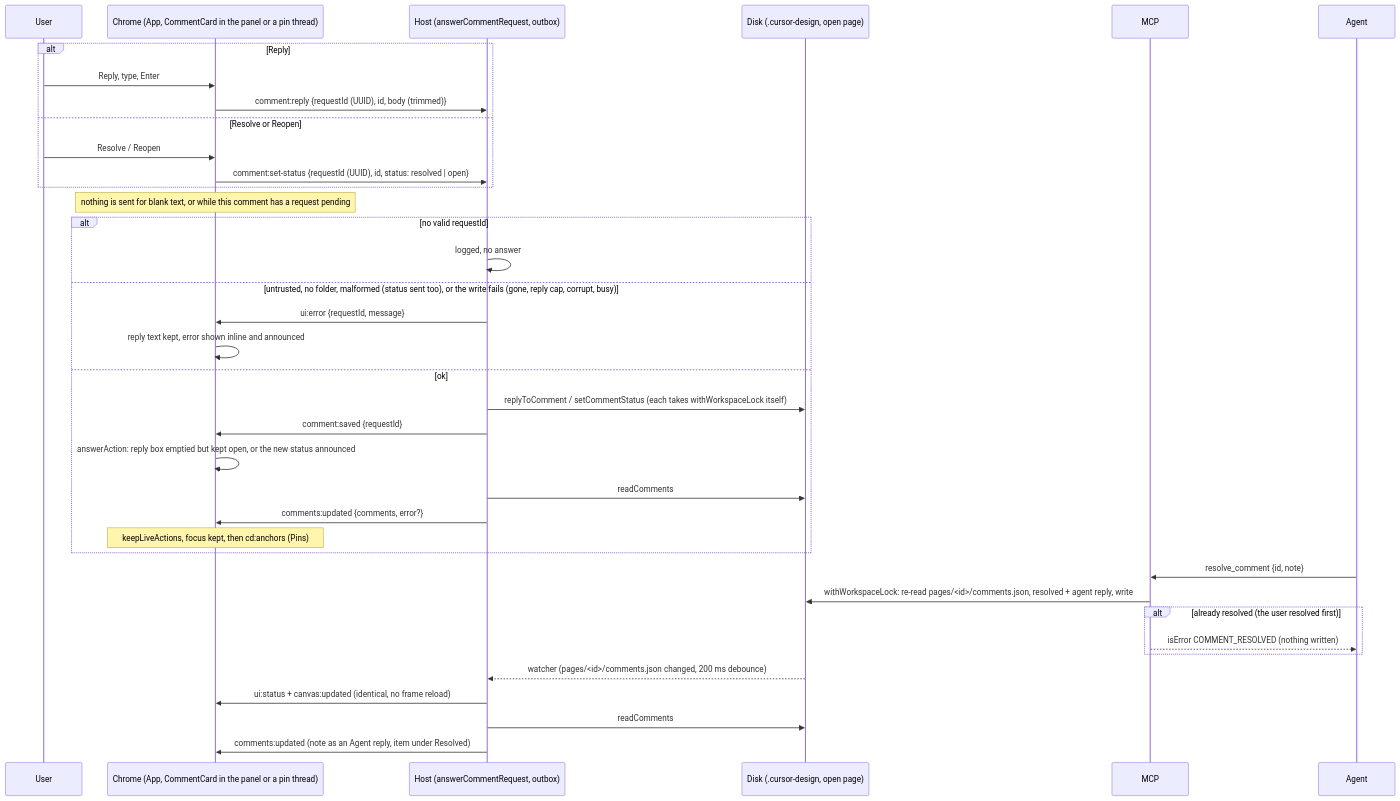
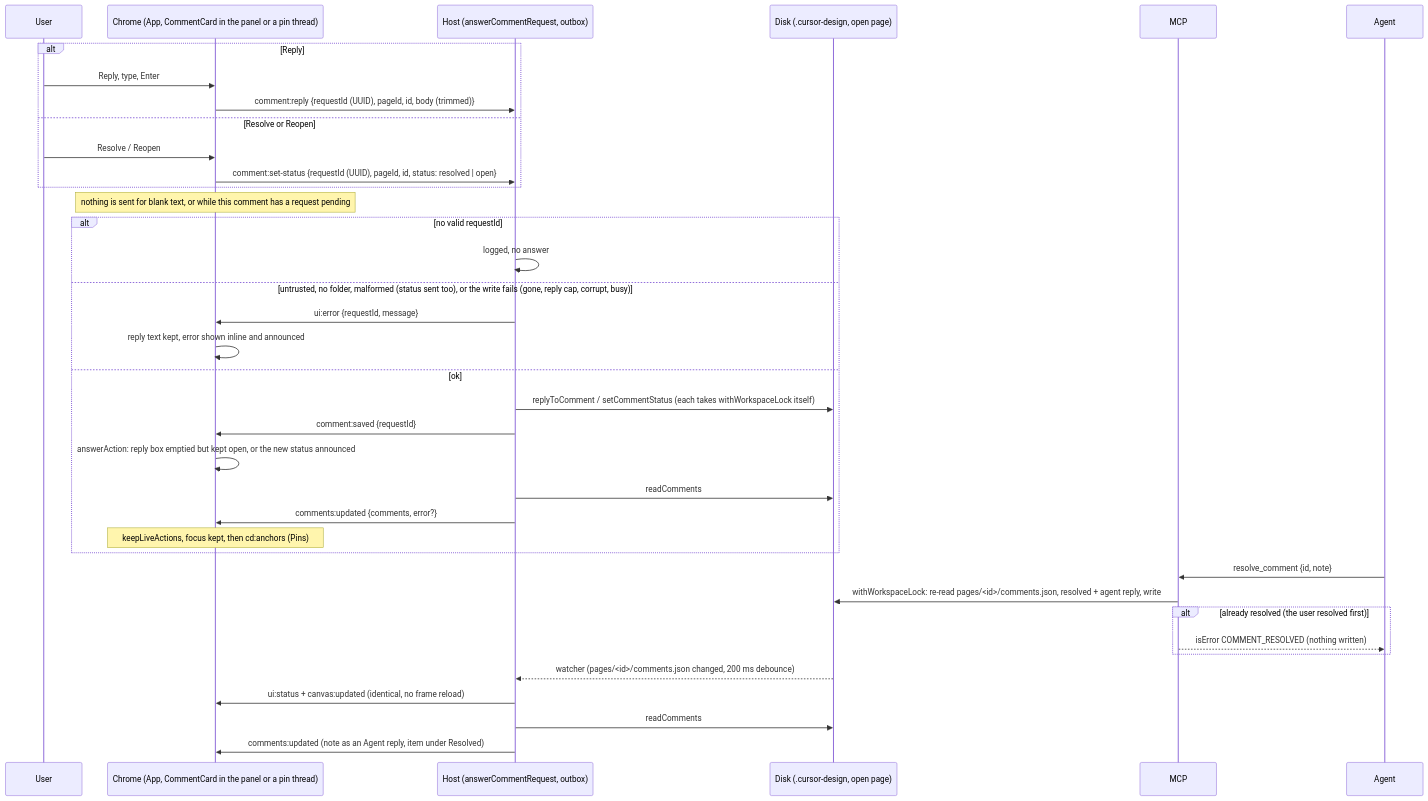
Diagram 14 of 16 in blueprint/context/system-map.md (MarekBombera/cursor-design-extension), drawn with Mermaid before and after one commit. The commit also changed other lines of this file and 60 other files, not shown here.

````diff
--- a/blueprint/context/system-map.md
+++ b/blueprint/context/system-map.md
@@ -744,39 +812,39 @@
 ```mermaid
 sequenceDiagram
   participant U as User
   participant C as Chrome (App, CommentCard in the panel or a pin thread)
   participant H as Host (answerCommentRequest, outbox)
   participant D as Disk (.cursor-design, open page)
   participant M as MCP
   participant A as Agent
   alt Reply
     U->>C: Reply, type, Enter
-    C->>H: comment:reply {requestId (UUID), id, body (trimmed)}
+    C->>H: comment:reply {requestId (UUID), pageId, id, body (trimmed)}
   else Resolve or Reopen
     U->>C: Resolve / Reopen
-    C->>H: comment:set-status {requestId (UUID), id, status: resolved | open}
+    C->>H: comment:set-status {requestId (UUID), pageId, id, status: resolved | open}
   end
   Note over C: nothing is sent for blank text, or while this comment has a request pending
   alt no valid requestId
     H->>H: logged, no answer
   else untrusted, no folder, malformed (status sent too), or the write fails (gone, reply cap, corrupt, busy)
     H->>C: ui:error {requestId, message}
     C->>C: reply text kept, error shown inline and announced
   else ok
     H->>D: replyToComment / setCommentStatus (each takes withWorkspaceLock itself)
     H->>C: comment:saved {requestId}
     C->>C: answerAction: reply box emptied but kept open, or the new status announced
     H->>D: readComments
     H->>C: comments:updated {comments, error?}
     Note over C: keepLiveActions, focus kept, then cd:anchors (Pins)
   end
   A->>M: resolve_comment {id, note}
   M->>D: withWorkspaceLock: re-read pages/<id>/comments.json, resolved + agent reply, write
   alt already resolved (the user resolved first)
     M-->>A: isError COMMENT_RESOLVED (nothing written)
   end
   D-->>H: watcher (pages/<id>/comments.json changed, 200 ms debounce)
   H->>C: ui:status + canvas:updated (identical, no frame reload)
   H->>D: readComments
   H->>C: comments:updated (note as an Agent reply, item under Resolved)
 ```
````
